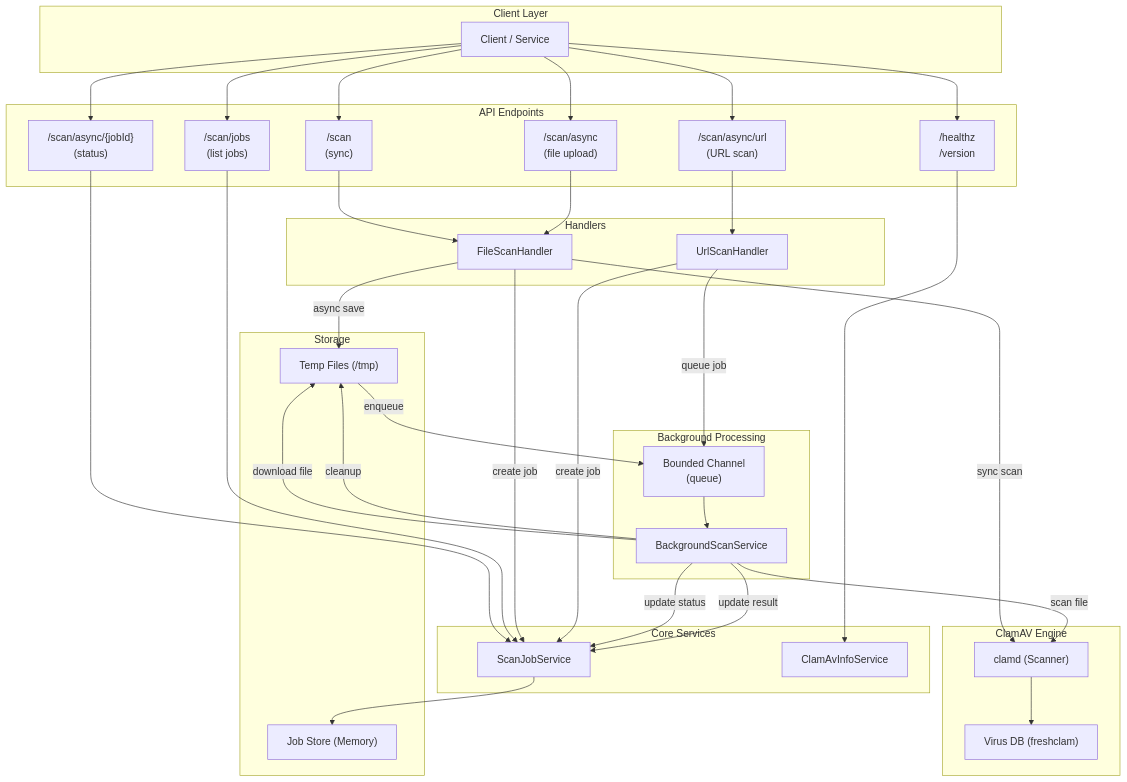
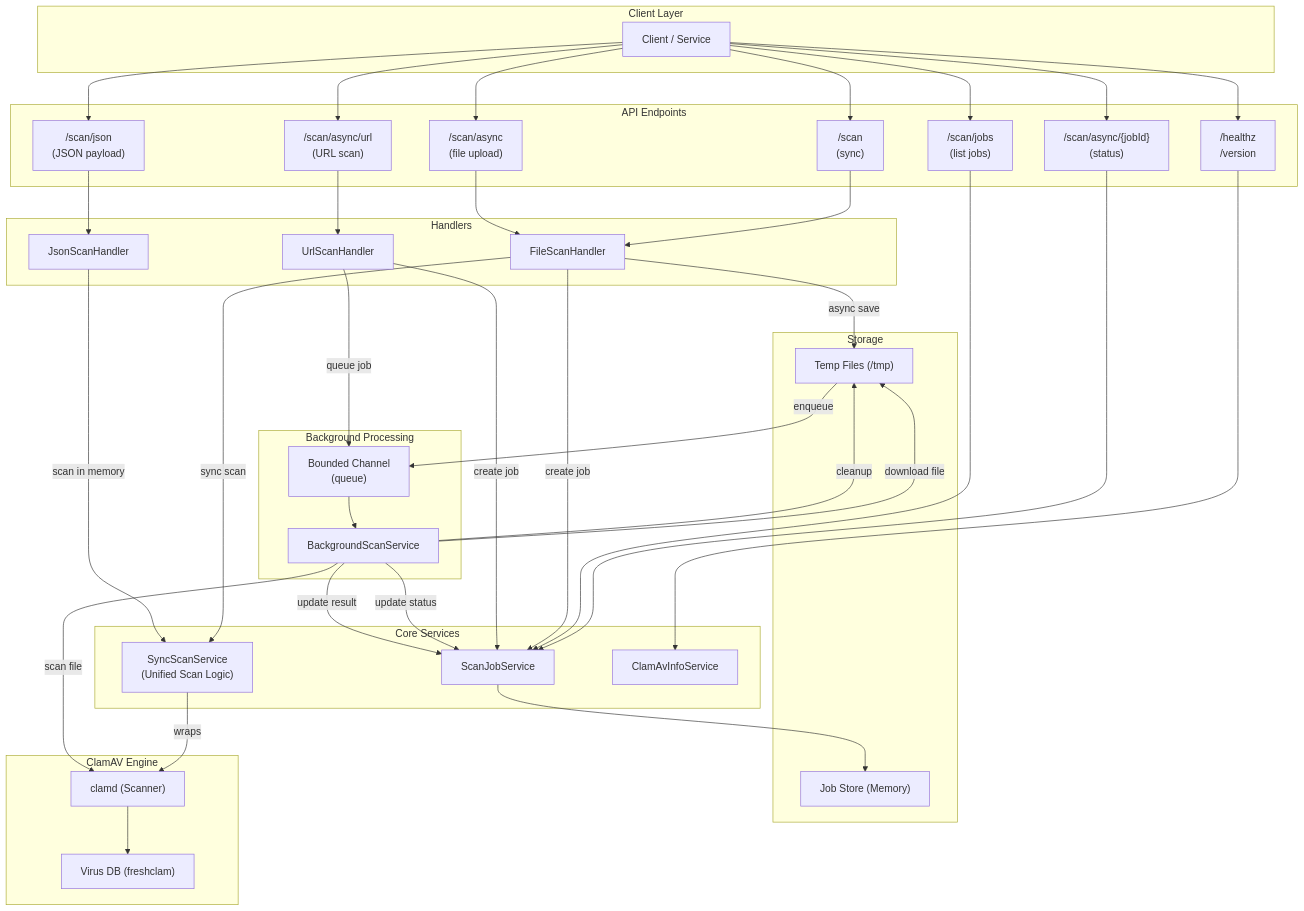
Before and after one commit to LaurentAerens/rsd-clamav-api-azure: the diagram in readme.md, drawn with Mermaid. The commit also changed other lines of this file and 20 other files, not shown here.

```diff
--- a/readme.md
+++ b/readme.md
@@ -45,6 +45,7 @@
         SyncEP["/scan<br/>(sync)"]
         AsyncEP["/scan/async<br/>(file upload)"]
         UrlEP["/scan/async/url<br/>(URL scan)"]
+        JsonEP["/scan/json<br/>(JSON payload)"]
         StatusEP["/scan/async/{jobId}<br/>(status)"]
         JobsEP["/scan/jobs<br/>(list jobs)"]
     end
@@ -55,12 +56,14 @@
     subgraph HANDLERS["Handlers"]
         FileScanHandler["FileScanHandler"]
         UrlScanHandler["UrlScanHandler"]
+        JsonScanHandler["JsonScanHandler"]
     end
 
     %% ─────────────────────────────
     %% Services
     %% ─────────────────────────────
     subgraph SERVICES["Core Services"]
+        SyncScanService["SyncScanService<br/>(Unified Scan Logic)"]
         JobService["ScanJobService"]
         InfoService["ClamAvInfoService"]
     end
@@ -97,6 +100,7 @@
     Client --> SyncEP
     Client --> AsyncEP
     Client --> UrlEP
+    Client --> JsonEP
     Client --> StatusEP
     Client --> JobsEP
 
@@ -107,6 +111,7 @@
     SyncEP --> FileScanHandler
     AsyncEP --> FileScanHandler
     UrlEP --> UrlScanHandler
+    JsonEP --> JsonScanHandler
 
     StatusEP --> JobService
     JobsEP --> JobService
@@ -114,12 +119,16 @@
     %% ─────────────────────────────
     %% Handler Logic
     %% ─────────────────────────────
-    FileScanHandler -->|sync scan| ClamD
+    FileScanHandler -->|sync scan| SyncScanService
     FileScanHandler -->|async save| TempFiles
     FileScanHandler -->|create job| JobService
 
     UrlScanHandler -->|create job| JobService
     UrlScanHandler -->|queue job| Channel
+
+    JsonScanHandler -->|scan in memory| SyncScanService
+
+    SyncScanService -->|wraps| ClamD
 
     TempFiles -->|enqueue| Channel
 
```
